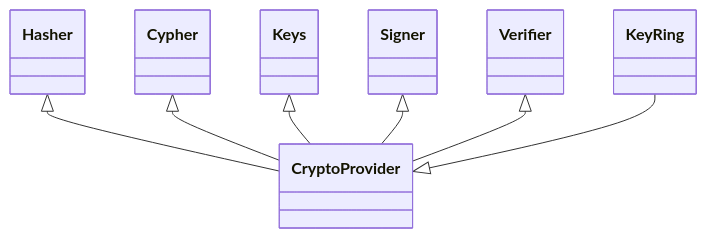
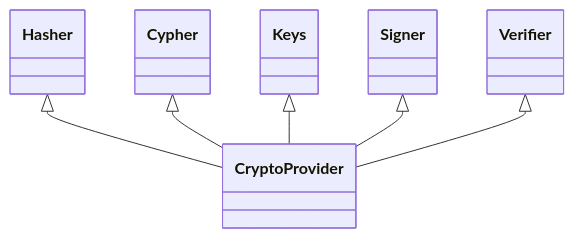
Before and after one commit to Zondax/cosmos-sdk: the second of 6 diagrams in crypto/docs/adr.md, drawn with Mermaid. The commit also changed other lines of this file and 1 other file, not shown here.

````diff
--- a/crypto/docs/adr.md
+++ b/crypto/docs/adr.md
@@ -76,11 +77,8 @@
 ```mermaid
 classDiagram
 Hasher <|-- CryptoProvider
 Cypher <|-- CryptoProvider
 Keys <|-- CryptoProvider
 Signer <|-- CryptoProvider
 Verifier <|-- CryptoProvider
-
-KeyRing --|> CryptoProvider
-
 ```
````
